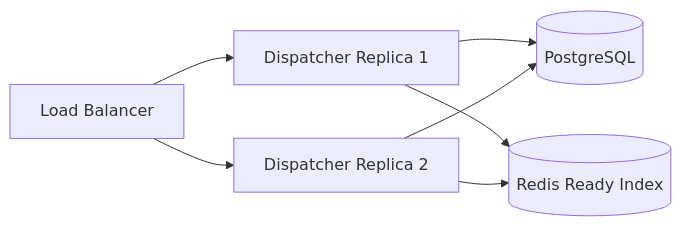
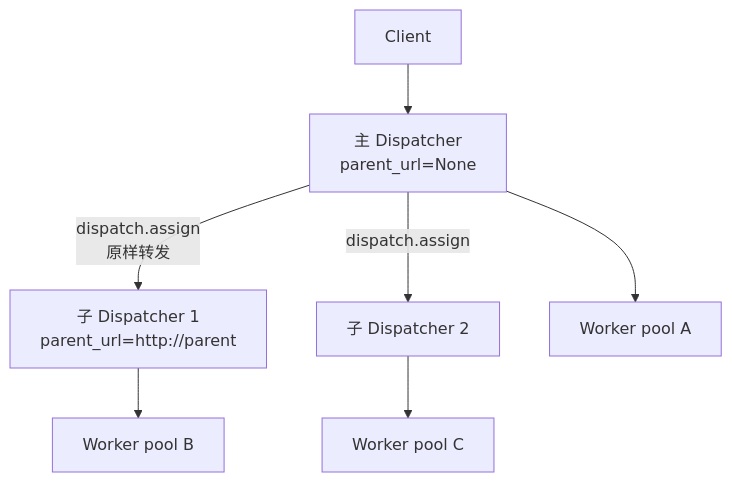
Before and after one commit to RESBI/StockStatistic: the second of 2 diagrams in V31design/designV31/DESIGN_ARCH_DISPATCHER_V31.md, drawn with Mermaid. The commit also changed other lines of this file and 475 other files, not shown here.

First line of the commit message:
V3.1 design: finalize architecture docs + implementation reports

````diff
--- a/V31design/designV31/DESIGN_ARCH_DISPATCHER_V31.md
+++ b/V31design/designV31/DESIGN_ARCH_DISPATCHER_V31.md
@@ -420,9 +1127,9 @@
 ```mermaid
-graph LR
-    LB[Load Balancer] --> D1[Dispatcher Replica 1]
-    LB --> D2[Dispatcher Replica 2]
-    D1 --> PG[(PostgreSQL)]
-    D2 --> PG
-    D1 --> R[(Redis Ready Index)]
-    D2 --> R
+graph TB
+    C[Client] --> D1[主 Dispatcher<br/>parent_url=None]
+    D1 -->|dispatch.assign<br/>原样转发| D2[子 Dispatcher 1<br/>parent_url=http://parent]
+    D1 -->|dispatch.assign| D3[子 Dispatcher 2]
+    D2 --> W1[Worker pool B]
+    D3 --> W2[Worker pool C]
+    D1 --> W0[Worker pool A]
 ```
````
